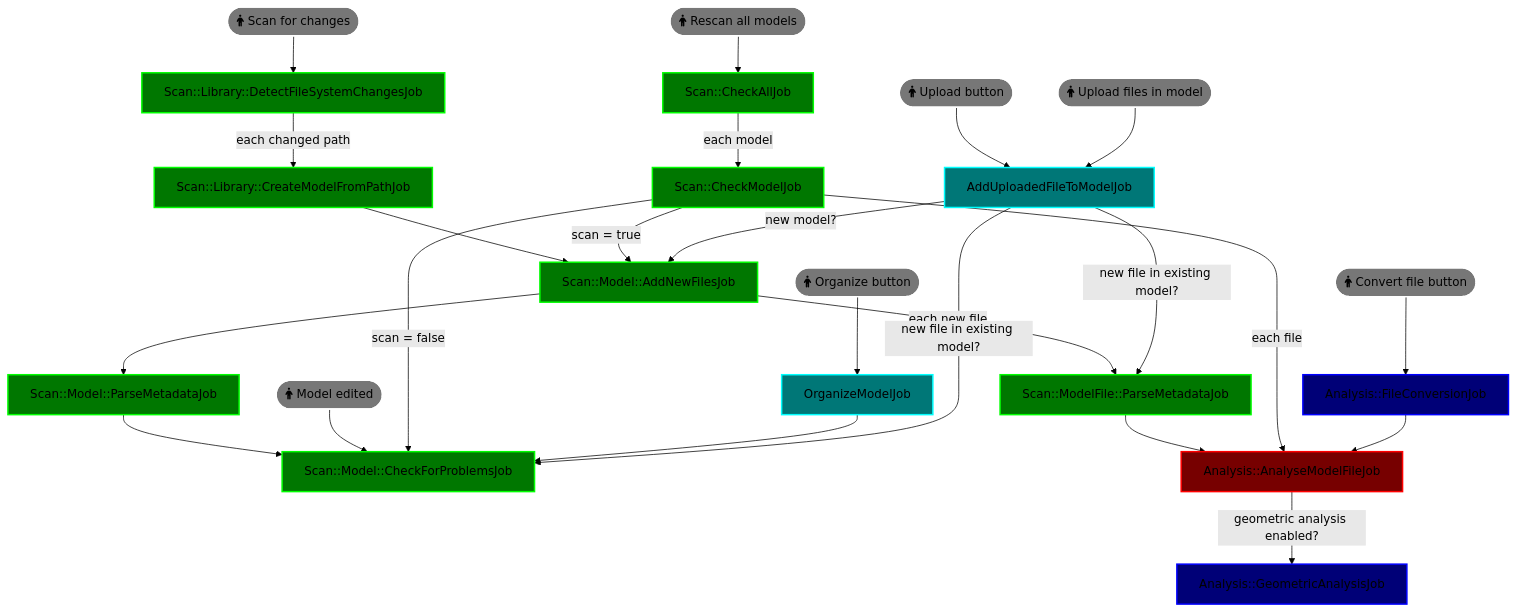
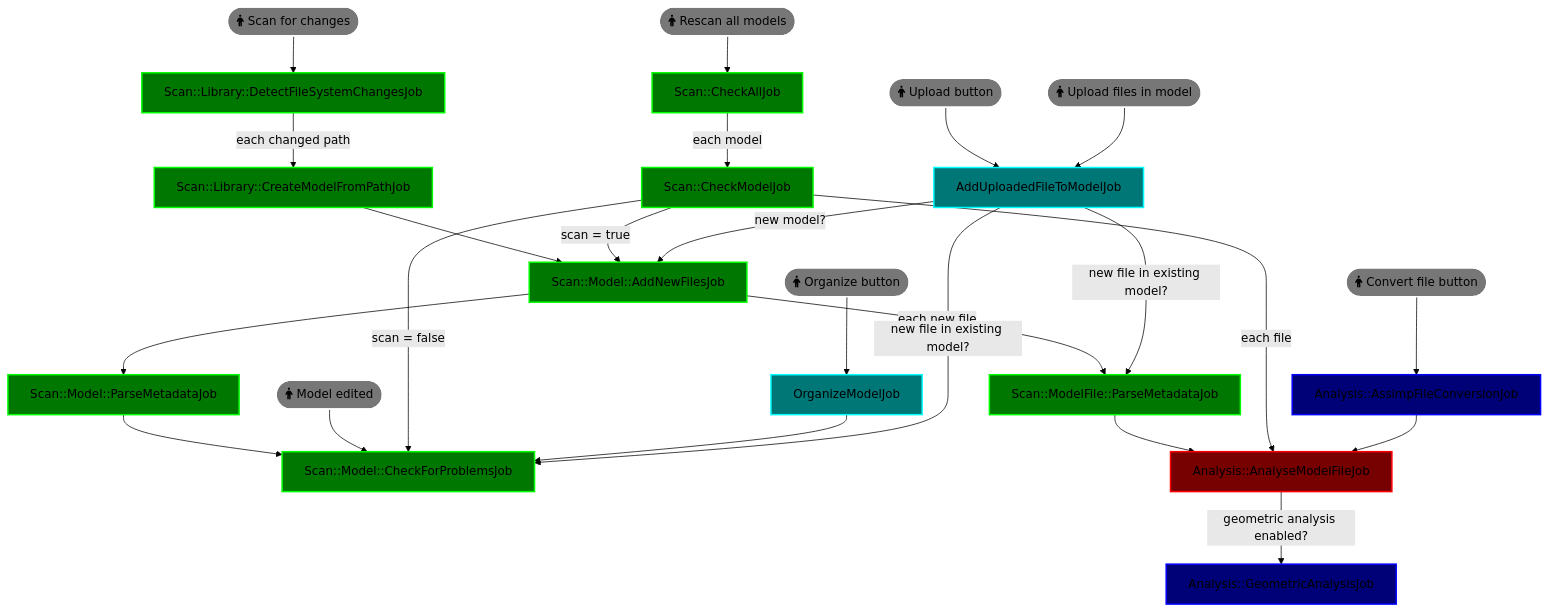
One commit to manyfold3d/manyfold changed the diagram in app/jobs/README.md. Above: the diagram before and after it, drawn with Mermaid (forest theme). The commit also changed 4 other files, not shown here.

Commit message:
rename FileConversionJob to AssimpFileConversionJob to be clearer on what it uses

````diff
--- a/app/jobs/README.md
+++ b/app/jobs/README.md
@@ -5,65 +5,65 @@
 ```mermaid
 flowchart TD
     DFS[Scan::Library::DetectFileSystemChangesJob]
     CMFP[Scan::Library::CreateModelFromPathJob]
     ANF[Scan::Model::AddNewFilesJob]
     PM[Scan::Model::ParseMetadataJob]
     PMF[Scan::ModelFile::ParseMetadataJob]
     CFP[Scan::Model::CheckForProblemsJob]
     CA[Scan::CheckAllJob]
     CM[Scan::CheckModelJob]
     OM[OrganizeModelJob]
     PUF[AddUploadedFileToModelJob]
     AMF[Analysis::AnalyseModelFileJob]
-    FC[Analysis::FileConversionJob]
+    FC[Analysis::AssimpFileConversionJob]
     GA[Analysis::GeometricAnalysisJob]
 
     ModelEdit([fa:fa-person Model edited])
     Organize([fa:fa-person Organize button])
     ScanAll([fa:fa-person Scan for changes])
     CheckAll([fa:fa-person Rescan all models])
     MainUpload([fa:fa-person Upload button])
     FileUpload([fa:fa-person Upload files in model])
     FileConvert([fa:fa-person Convert file button])
 
     ScanAll --> DFS
     CheckAll --> CA
     DFS -->|each changed path| CMFP
     CMFP --> ANF
     ANF --> PM
     ANF -->|each new file| PMF
     PM --> CFP
     ModelEdit --> CFP
     PMF --> AMF
     AMF -->|geometric analysis enabled?| GA
     CA -->|each model| CM
     CM -->|scan = true| ANF
     CM -->|scan = false| CFP
     CM -->|each file| AMF
     Organize --> OM
     OM --> CFP
     MainUpload --> PUF
     FileUpload --> PUF
     PUF -->|new model?| ANF
     PUF -->|new file in existing model?| CFP
     PUF -->|new file in existing model?| PMF
     FileConvert --> FC
     FC --> AMF
 
 
     classDef queue_analysis fill:#700,stroke:#f00,stroke-width:2px;
     classDef queue_activity fill:#770,stroke:#ff0,stroke-width:2px;
     classDef queue_scan fill:#070,stroke:#0f0,stroke-width:2px;
     classDef queue_default fill:#077,stroke:#0ff,stroke-width:2px;
     classDef queue_performance fill:#007,stroke:#00f,stroke-width:2px;
     classDef queue_upgrade fill:#707,stroke:#f0f,stroke-width:2px;
 
     class DFS,CA,CM,CMFP,ANF,PM,PMF,CFP queue_scan
     class FC,GA queue_performance
     class AMF queue_analysis
     class OM,PUF queue_default
 
     classDef user_action fill:#777,stroke:#fff,stroke-width:2px;
     class ModelEdit,Organize,ScanAll,CheckAll,MainUpload,FileUpload,FileConvert user_action
 
 ```
````
